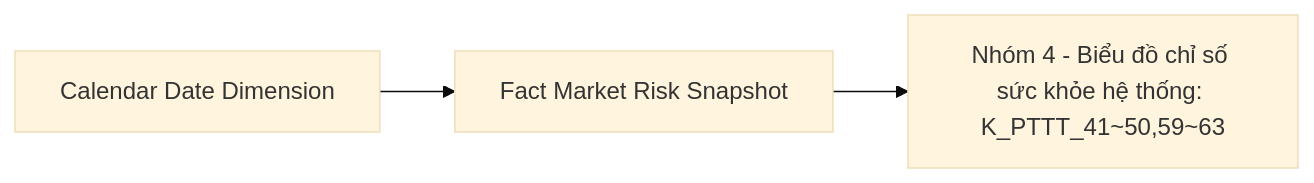
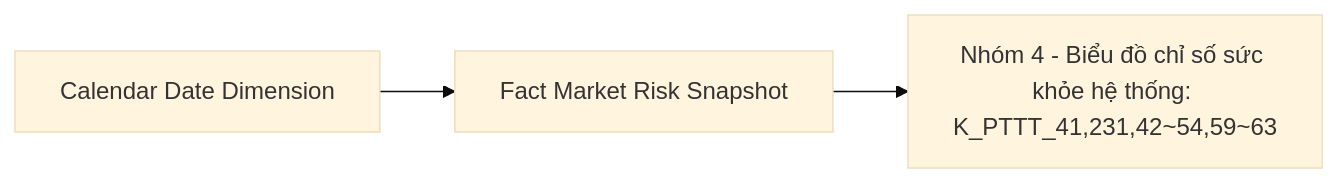
Diagram 16 of 51 in Datamart/hld/DTM_PTTT_HLD.md (linhlvit/ubck_atomic_design), drawn with Mermaid (base theme) before and after one commit. The commit also changed other lines of this file and 11 other files, not shown here.

````diff
--- a/Datamart/hld/DTM_PTTT_HLD.md
+++ b/Datamart/hld/DTM_PTTT_HLD.md
@@ -757,5 +727,5 @@
 ```mermaid
 flowchart LR
-    fct_mkt_rsk_snpst["Fact Market Risk Snapshot"] --> rpt_nhom4["Nhóm 4 - Biểu đồ chỉ số sức khỏe hệ thống: K_PTTT_41~50,59~63"]
+    fct_mkt_rsk_snpst["Fact Market Risk Snapshot"] --> rpt_nhom4["Nhóm 4 - Biểu đồ chỉ số sức khỏe hệ thống: K_PTTT_41,231,42~54,59~63"]
     cdr_dt_dim["Calendar Date Dimension"] --> fct_mkt_rsk_snpst
 ```
````
